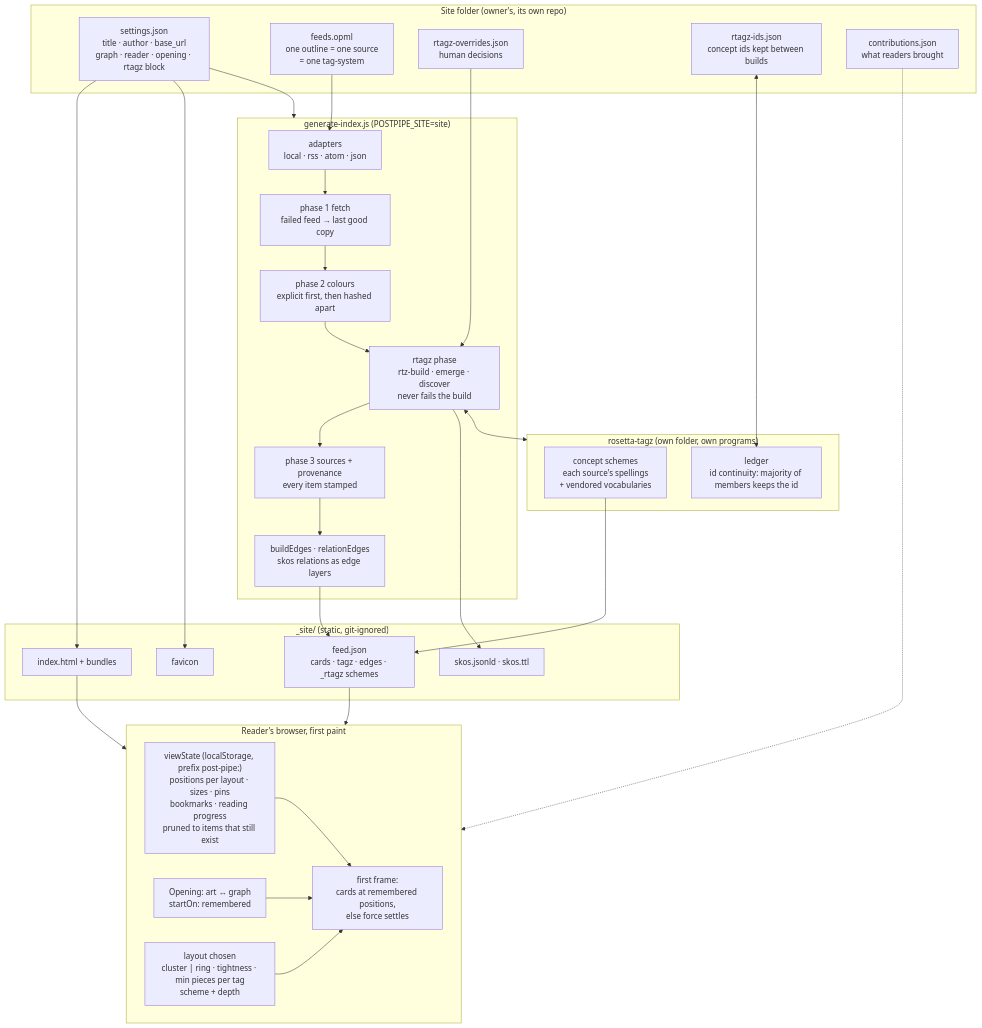
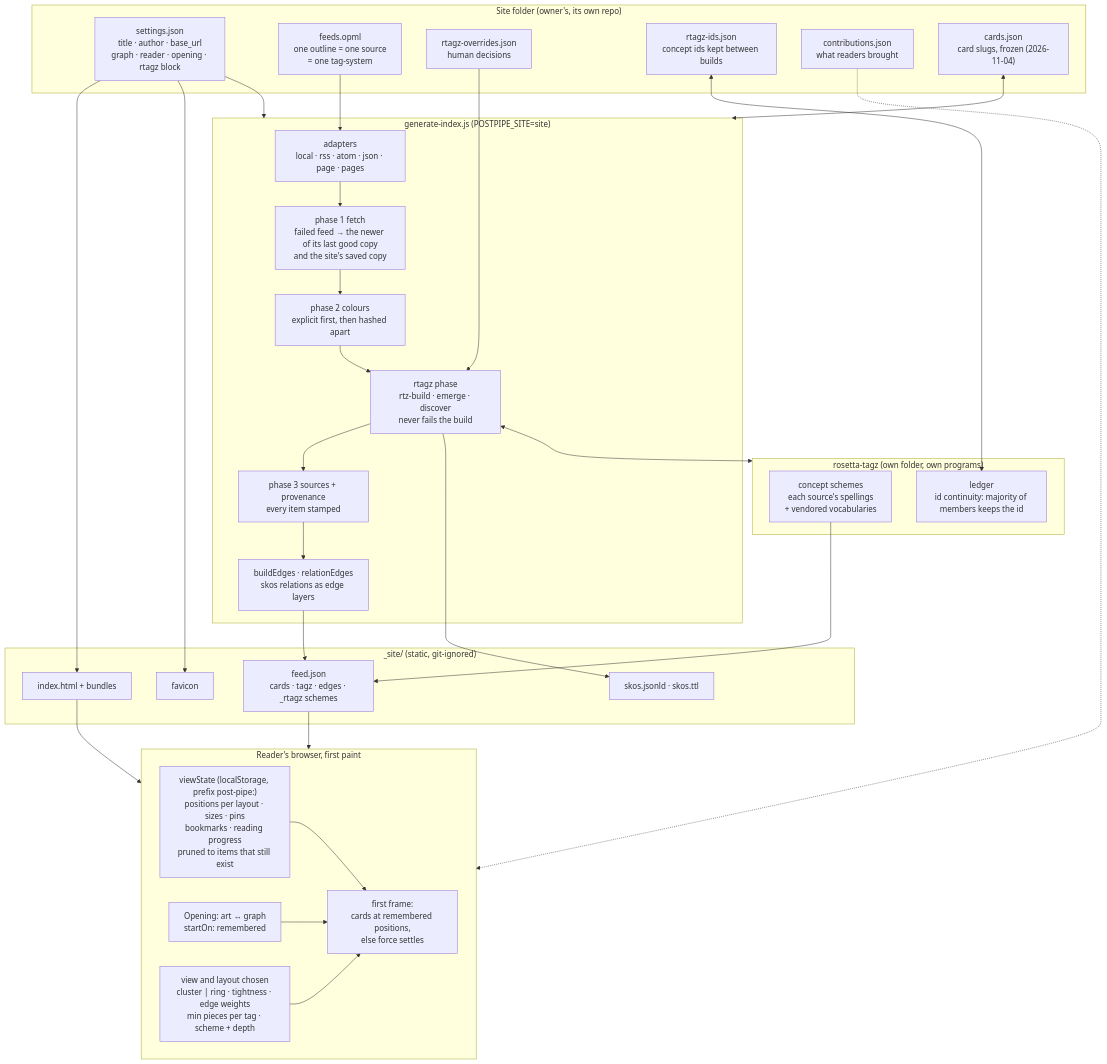
One commit to halapenyoharry/post-pipe changed the first of 3 diagrams in docs/SYSTEMS-GRAPH.md. Above: the diagram before and after it, drawn with Mermaid. The commit also changed other lines of this file and 14 other files, not shown here.

````diff
--- a/docs/SYSTEMS-GRAPH.md
+++ b/docs/SYSTEMS-GRAPH.md
@@ -20,54 +20,56 @@
 ```mermaid
 flowchart TB
   subgraph SITE["Site folder (owner's, its own repo)"]
     settings["settings.json<br/>title · author · base_url<br/>graph · reader · opening · rtagz block"]
     opml["feeds.opml<br/>one outline = one source<br/>= one tag-system"]
     overrides["rtagz-overrides.json<br/>human decisions"]
     ids["rtagz-ids.json<br/>concept ids kept between builds"]
     contrib["contributions.json<br/>what readers brought"]
+    cards["cards.json<br/>card slugs, frozen (2026-11-04)"]
   end
 
   subgraph BUILD["generate-index.js  (POSTPIPE_SITE=site)"]
-    adapters["adapters<br/>local · rss · atom · json"]
-    p1["phase 1 fetch<br/>failed feed → last good copy"]
+    adapters["adapters<br/>local · rss · atom · json · page · pages"]
+    p1["phase 1 fetch<br/>failed feed → the newer of its last good copy<br/>and the site's saved copy"]
     p2["phase 2 colours<br/>explicit first, then hashed apart"]
     rt["rtagz phase<br/>rtz-build · emerge · discover<br/>never fails the build"]
     p3["phase 3 sources + provenance<br/>every item stamped"]
     edges["buildEdges · relationEdges<br/>skos relations as edge layers"]
   end
 
   subgraph RTAGZ["rosetta-tagz (own folder, own programs)"]
     schemes["concept schemes<br/>each source's spellings<br/>+ vendored vocabularies"]
     ledger["ledger<br/>id continuity: majority of members keeps the id"]
   end
 
   subgraph OUT["_site/ (static, git-ignored)"]
     feed["feed.json<br/>cards · tagz · edges · _rtagz schemes"]
     html["index.html + bundles"]
     skos["skos.jsonld · skos.ttl"]
     favicon["favicon"]
   end
 
   subgraph BROWSER["Reader's browser, first paint"]
     vs["viewState (localStorage, prefix post-pipe:)<br/>positions per layout · sizes · pins<br/>bookmarks · reading progress<br/>pruned to items that still exist"]
     opening["Opening: art ↔ graph<br/>startOn: remembered"]
-    layout["layout chosen<br/>cluster | ring · tightness · min pieces per tag<br/>scheme + depth"]
+    layout["view and layout chosen<br/>cluster | ring · tightness · edge weights<br/>min pieces per tag · scheme + depth"]
     first["first frame:<br/>cards at remembered positions,<br/>else force settles"]
   end
 
   settings --> BUILD
   opml --> adapters --> p1 --> p2 --> rt --> p3 --> edges --> feed
   overrides --> rt
   ids <--> ledger
+  cards <--> BUILD
   rt <--> RTAGZ
   schemes --> feed
   rt --> skos
   settings --> html
   settings --> favicon
   contrib -.-> BROWSER
   feed --> BROWSER
   html --> BROWSER
   vs --> first
   opening --> first
   layout --> first
 ```
````
